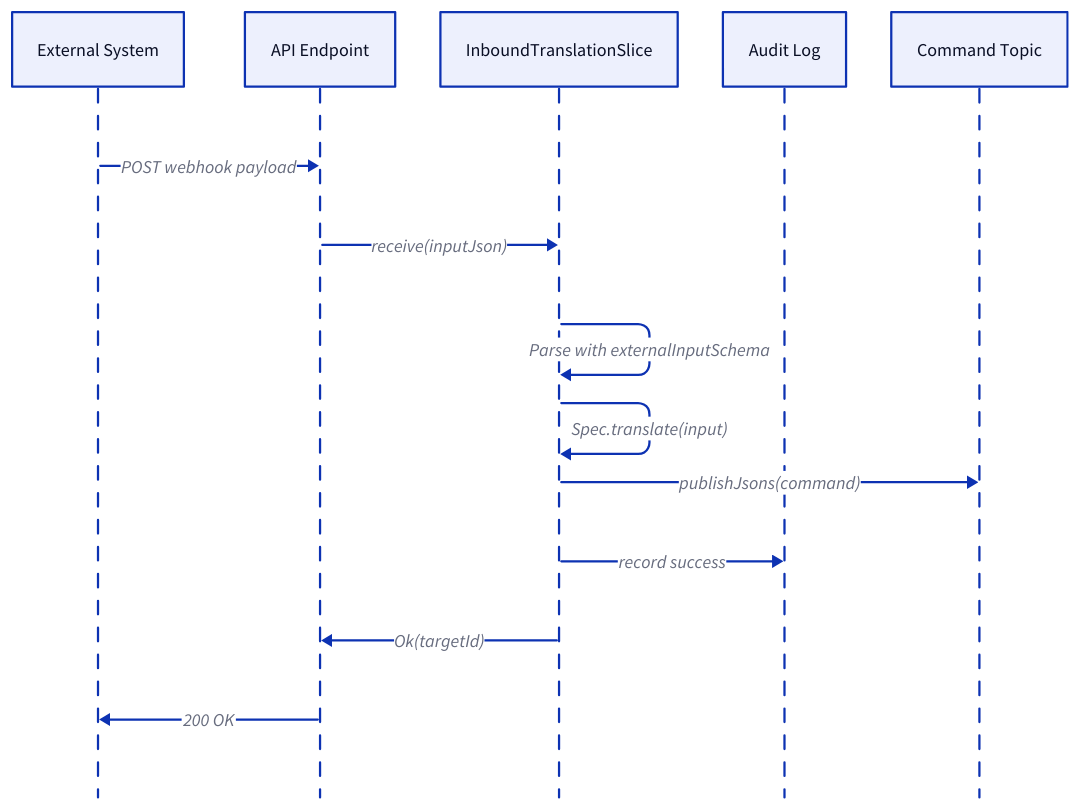
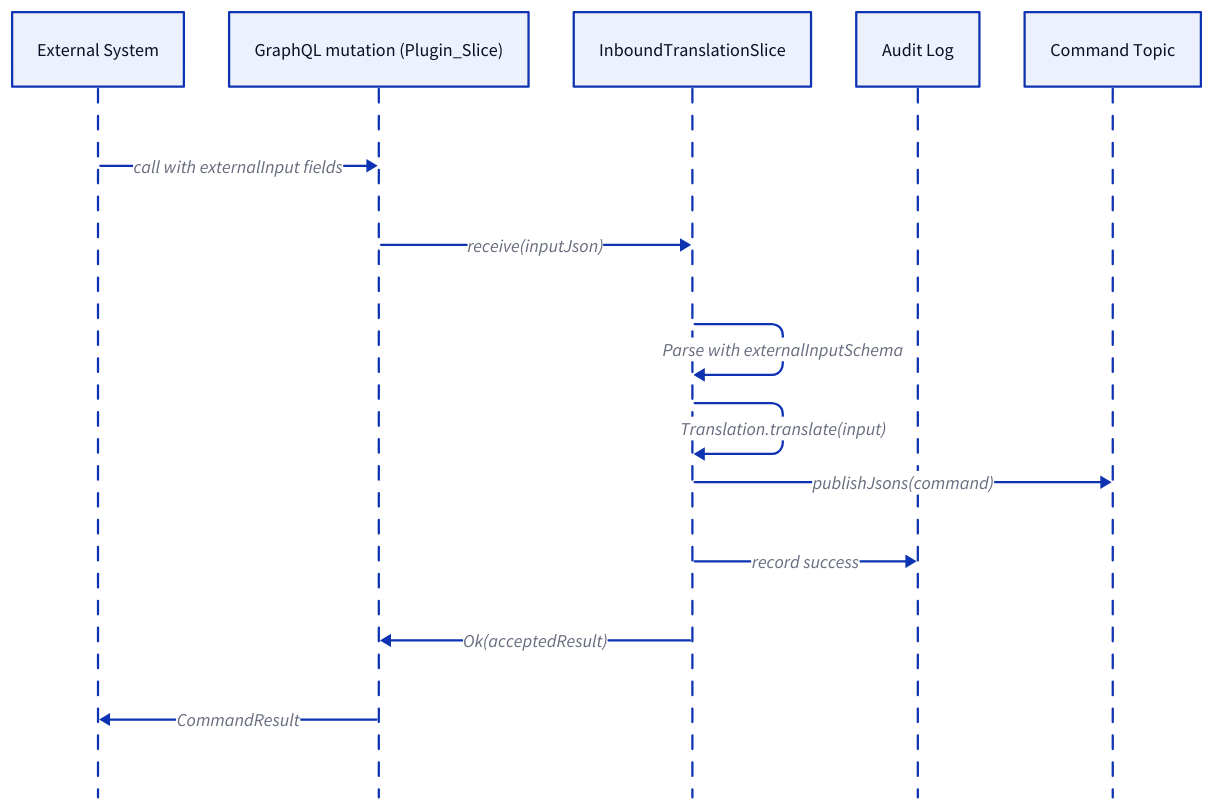
Before and after one commit to ReventlessDev/reventless-core: the second of 2 diagrams in packages/doc/docs-app/components/inboundtranslationslice.md, drawn with D2. The commit also changed other lines of this file and 2 other files, not shown here.

````diff
--- a/packages/doc/docs-app/components/inboundtranslationslice.md
+++ b/packages/doc/docs-app/components/inboundtranslationslice.md
@@ -235,18 +235,18 @@
 ```d2
 shape: sequence_diagram
 
 External: External System { class: external-system }
-Endpoint: API Endpoint { class: api }
+Endpoint: "GraphQL mutation (Plugin_Slice)" { class: api }
 InboundSlice: InboundTranslationSlice { class: automation-slice }
 AuditLog: Audit Log { class: query-db }
 CommandTopic: Command Topic { class: command-topic }
 
-External -> Endpoint: "POST webhook payload"
+External -> Endpoint: "call with externalInput fields"
 Endpoint -> InboundSlice: "receive(inputJson)"
 InboundSlice -> InboundSlice: "Parse with externalInputSchema"
-InboundSlice -> InboundSlice: "Spec.translate(input)"
+InboundSlice -> InboundSlice: "Translation.translate(input)"
 InboundSlice -> CommandTopic: "publishJsons(command)" { class: command-flow }
 InboundSlice -> AuditLog: "record success" { class: projection-flow }
-InboundSlice -> Endpoint: "Ok(targetId)"
-Endpoint -> External: "200 OK"
+InboundSlice -> Endpoint: "Ok(acceptedResult)"
+Endpoint -> External: "CommandResult"
 ```
````
